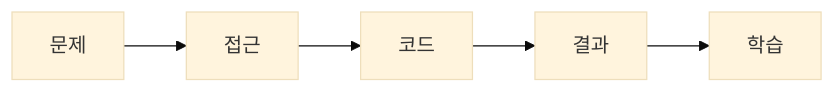
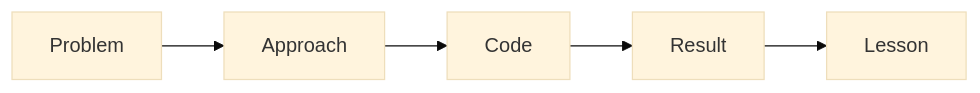
The diagram in content/portfolio-project-101/ko/08-summarizing-as-blog-posts.md (yeongseon-books/book-content), drawn with Mermaid (base theme) before and after one commit. The commit also changed other lines of this file and 9 other files, not shown here.

````diff
--- a/content/portfolio-project-101/ko/08-summarizing-as-blog-posts.md
+++ b/content/portfolio-project-101/ko/08-summarizing-as-blog-posts.md
@@ -48,7 +48,7 @@
 ```mermaid
 flowchart LR
-    P[문제] --> A[접근]
-    A --> C[코드]
-    C --> R[결과]
-    R --> L[학습]
+    P[Problem] --> A[Approach]
+    A --> C[Code]
+    C --> R[Result]
+    R --> L[Lesson]
 ```
````
